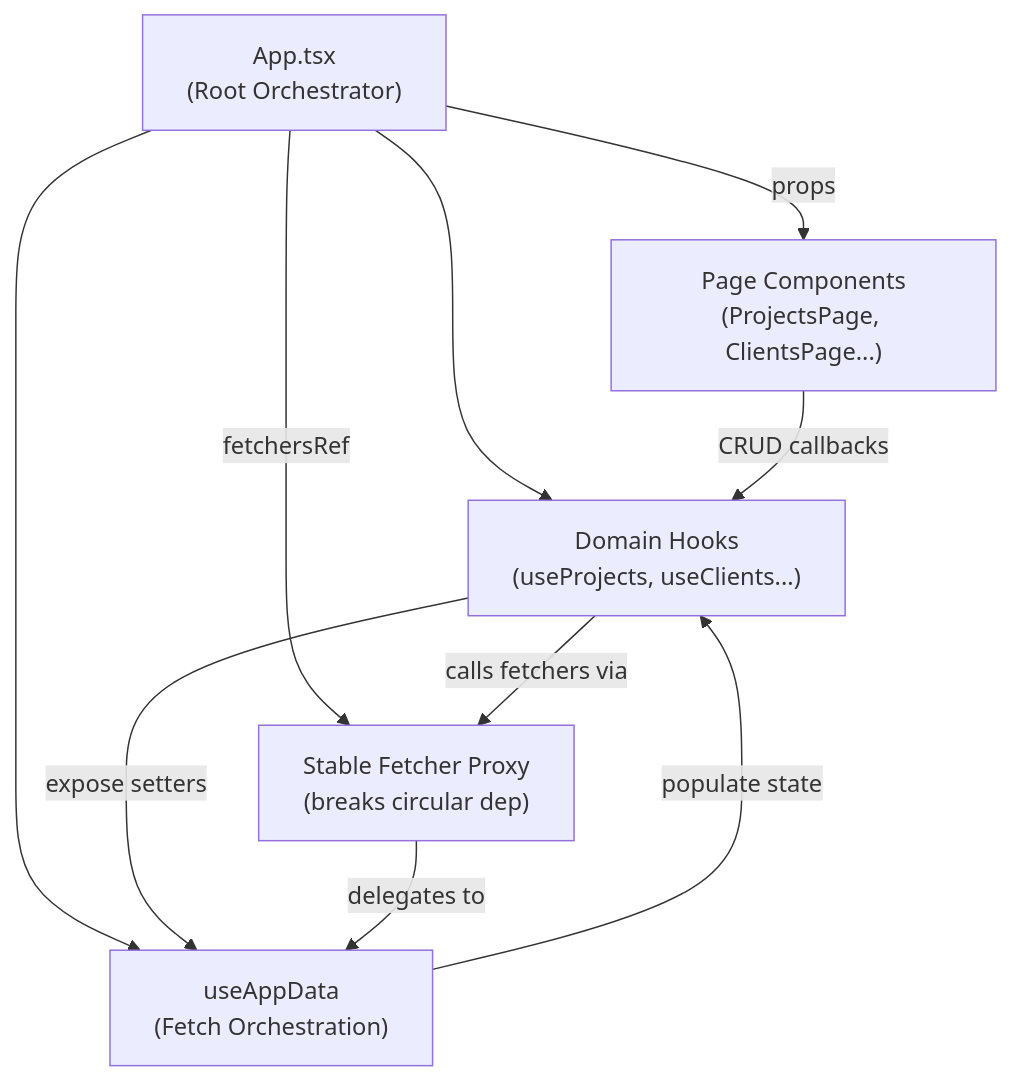
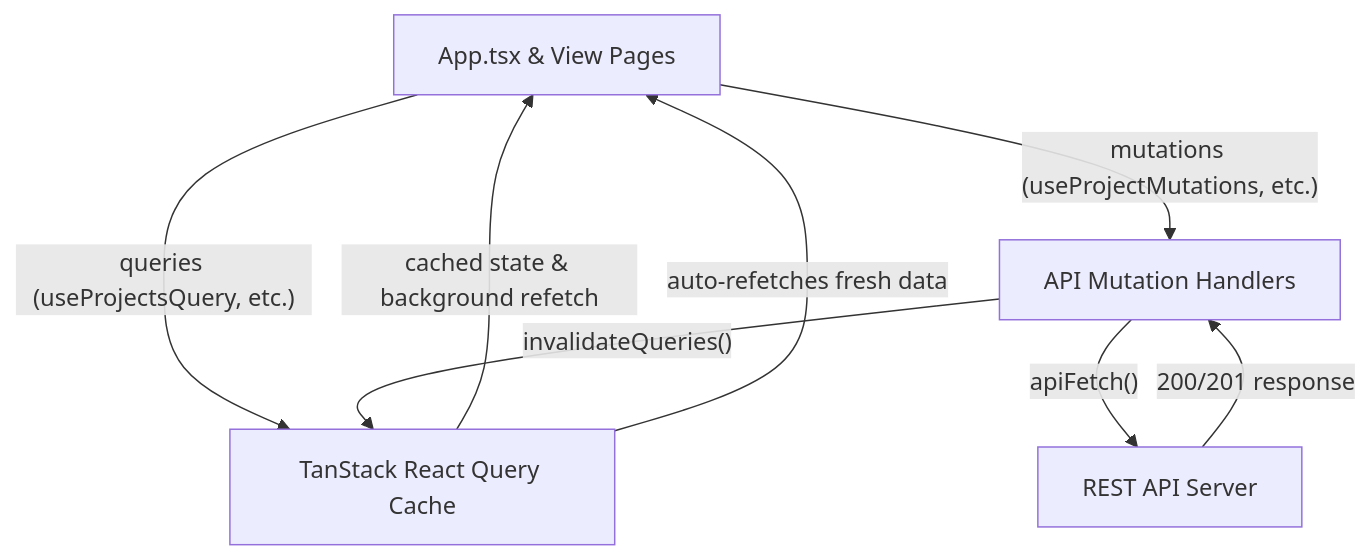
One commit to zigikralj/EGG_admin_client changed the first of 6 diagrams in docs/ARCHITECTURE.md. Above: the diagram before and after it, drawn with Mermaid. The commit also changed other lines of this file and 4 other files, not shown here.

````diff
--- a/docs/ARCHITECTURE.md
+++ b/docs/ARCHITECTURE.md
@@ -68,12 +67,10 @@
 ```mermaid
 graph TD
-    A["App.tsx<br/>(Root Orchestrator)"] --> B["Domain Hooks<br/>(useProjects, useClients...)"]
-    A --> C["useAppData<br/>(Fetch Orchestration)"]
-    B -->|"expose setters"| C
-    C -->|"populate state"| B
-    A -->|"fetchersRef"| D["Stable Fetcher Proxy<br/>(breaks circular dep)"]
-    D -->|"delegates to"| C
-    B -->|"calls fetchers via"| D
-    A -->|"props"| E["Page Components<br/>(ProjectsPage, ClientsPage...)"]
-    E -->|"CRUD callbacks"| B
+    A["App.tsx & View Pages"] -->|"queries (useProjectsQuery, etc.)"| B["TanStack React Query Cache"]
+    B -->|"cached state & background refetch"| A
+    A -->|"mutations (useProjectMutations, etc.)"| C["API Mutation Handlers"]
+    C -->|"apiFetch()"| D["REST API Server"]
+    D -->|"200/201 response"| C
+    C -->|"invalidateQueries()"| B
+    B -->|"auto-refetches fresh data"| A
 ```
````
